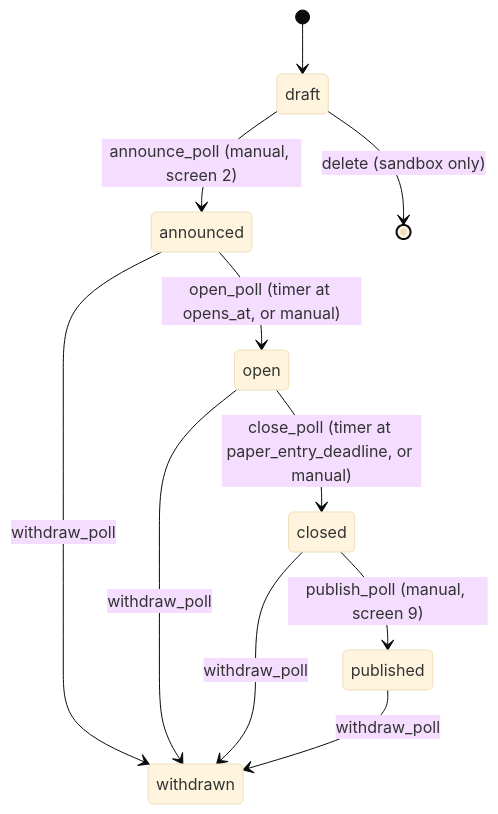
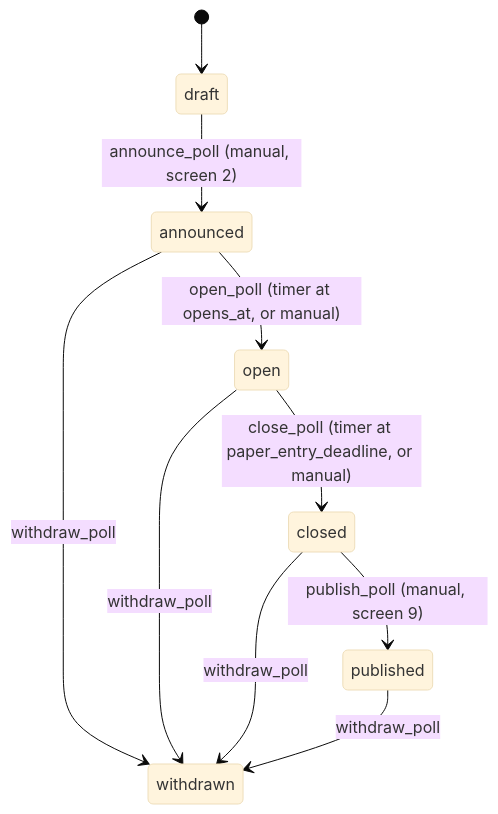
Before and after one commit to rv1nc3nt/polls: the second of 4 diagrams in docs/architecture.md, drawn with Mermaid (base theme). The commit also changed other lines of this file and 3 other files, not shown here.

````diff
--- a/docs/architecture.md
+++ b/docs/architecture.md
@@ -95,13 +95,12 @@
 ```mermaid
 stateDiagram-v2
   [*] --> draft
   draft --> announced: announce_poll (manual, screen 2)
   announced --> open: open_poll (timer at opens_at, or manual)
   open --> closed: close_poll (timer at paper_entry_deadline, or manual)
   closed --> published: publish_poll (manual, screen 9)
   announced --> withdrawn: withdraw_poll
   open --> withdrawn: withdraw_poll
   closed --> withdrawn: withdraw_poll
   published --> withdrawn: withdraw_poll
-  draft --> [*]: delete (sandbox only)
 ```
````
